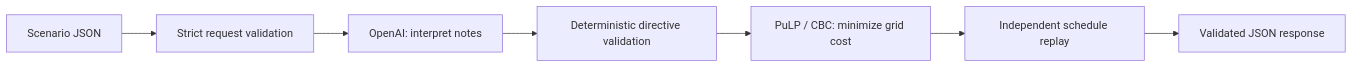
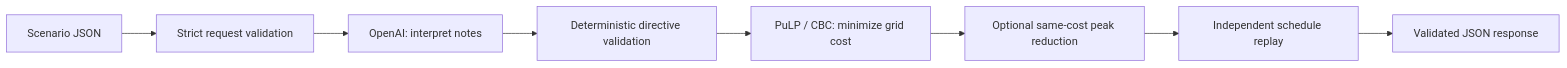
One commit to myshphew/BUP-CSE-FEST-2026-Hackathon-preliminary-round changed the diagram in README.md. Above: the diagram before and after it, drawn with Mermaid. The commit also changed other lines of this file and 3 other files, not shown here.

````diff
--- a/README.md
+++ b/README.md
@@ -107,9 +152,10 @@
 ```mermaid
 flowchart LR
     A[Scenario JSON] --> B[Strict request validation]
     B --> C[OpenAI: interpret notes]
     C --> D[Deterministic directive validation]
     D --> E[PuLP / CBC: minimize grid cost]
-    E --> F[Independent schedule replay]
+    E --> P[Optional same-cost peak reduction]
+    P --> F[Independent schedule replay]
     F --> G[Validated JSON response]
 ```
````
